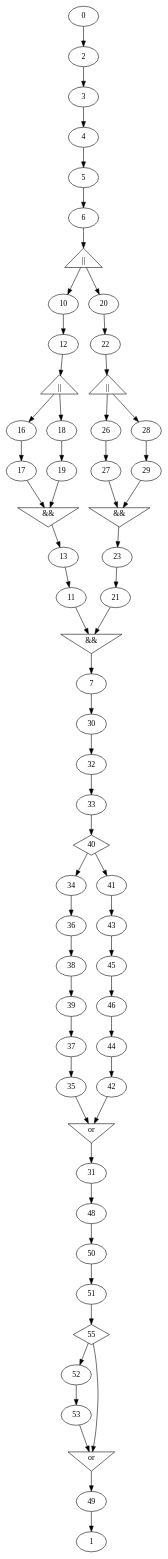
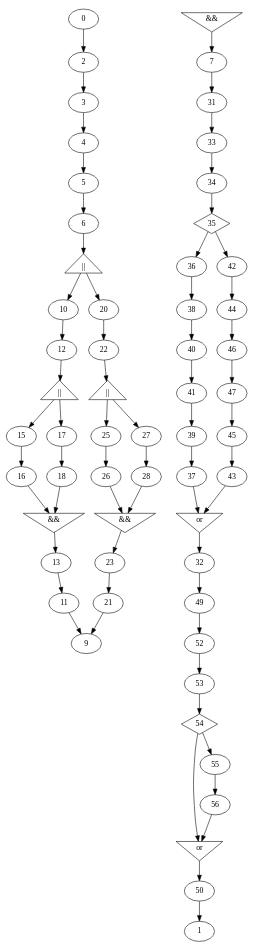
One commit to jdeantoni/TCOS.lang changed the diagram in temp/generated/test2.dot. Above: the diagram before and after it, drawn with Graphviz. The commit also changed 5 other files, not shown here.

```diff
--- a/temp/generated/test2.dot
+++ b/temp/generated/test2.dot
@@ -1,118 +1,118 @@
 digraph G {
   "0" [label="0" shape="ellipse"];
   "1" [label="1" shape="ellipse"];
   "2" [label="2" shape="ellipse"];
   "3" [label="3" shape="ellipse"];
   "4" [label="4" shape="ellipse"];
   "5" [label="5" shape="ellipse"];
   "6" [label="6" shape="ellipse"];
   "7" [label="7" shape="ellipse"];
-  "8" [label="&&" shape="invtriangle"];
-  "9" [label="||" shape="triangle"];
+  "8" [label="||" shape="triangle"];
   "10" [label="10" shape="ellipse"];
   "11" [label="11" shape="ellipse"];
   "12" [label="12" shape="ellipse"];
   "13" [label="13" shape="ellipse"];
-  "14" [label="&&" shape="invtriangle"];
-  "15" [label="||" shape="triangle"];
+  "14" [label="||" shape="triangle"];
+  "15" [label="15" shape="ellipse"];
   "16" [label="16" shape="ellipse"];
   "17" [label="17" shape="ellipse"];
   "18" [label="18" shape="ellipse"];
-  "19" [label="19" shape="ellipse"];
+  "19" [label="&&" shape="invtriangle"];
   "20" [label="20" shape="ellipse"];
   "21" [label="21" shape="ellipse"];
   "22" [label="22" shape="ellipse"];
   "23" [label="23" shape="ellipse"];
-  "24" [label="&&" shape="invtriangle"];
-  "25" [label="||" shape="triangle"];
+  "24" [label="||" shape="triangle"];
+  "25" [label="25" shape="ellipse"];
   "26" [label="26" shape="ellipse"];
   "27" [label="27" shape="ellipse"];
   "28" [label="28" shape="ellipse"];
-  "29" [label="29" shape="ellipse"];
-  "30" [label="30" shape="ellipse"];
+  "29" [label="&&" shape="invtriangle"];
+  "30" [label="&&" shape="invtriangle"];
   "31" [label="31" shape="ellipse"];
   "32" [label="32" shape="ellipse"];
   "33" [label="33" shape="ellipse"];
   "34" [label="34" shape="ellipse"];
-  "35" [label="35" shape="ellipse"];
+  "35" [label="35" shape="diamond"];
   "36" [label="36" shape="ellipse"];
   "37" [label="37" shape="ellipse"];
   "38" [label="38" shape="ellipse"];
   "39" [label="39" shape="ellipse"];
-  "40" [label="40" shape="diamond"];
+  "40" [label="40" shape="ellipse"];
   "41" [label="41" shape="ellipse"];
   "42" [label="42" shape="ellipse"];
   "43" [label="43" shape="ellipse"];
   "44" [label="44" shape="ellipse"];
   "45" [label="45" shape="ellipse"];
   "46" [label="46" shape="ellipse"];
-  "47" [label="or" shape="invtriangle"];
-  "48" [label="48" shape="ellipse"];
+  "47" [label="47" shape="ellipse"];
+  "48" [label="or" shape="invtriangle"];
   "49" [label="49" shape="ellipse"];
   "50" [label="50" shape="ellipse"];
-  "51" [label="51" shape="ellipse"];
+  "51" [label="or" shape="invtriangle"];
   "52" [label="52" shape="ellipse"];
   "53" [label="53" shape="ellipse"];
-  "54" [label="or" shape="invtriangle"];
-  "55" [label="55" shape="diamond"];
+  "54" [label="54" shape="diamond"];
+  "55" [label="55" shape="ellipse"];
+  "56" [label="56" shape="ellipse"];
   "2" -> "3" [label=""];
   "0" -> "2" [label=""];
   "4" -> "5" [label=""];
   "3" -> "4" [label=""];
-  "6" -> "9" [label=""];
-  "16" -> "17" [label=""];
-  "12" -> "15" [label=""];
+  "6" -> "8" [label=""];
+  "12" -> "14" [label=""];
   "15" -> "16" [label=""];
-  "17" -> "14" [label=""];
+  "14" -> "15" [label=""];
+  "17" -> "18" [label=""];
+  "14" -> "17" [label=""];
+  "16" -> "19" [label=""];
   "18" -> "19" [label=""];
-  "15" -> "18" [label=""];
-  "19" -> "14" [label=""];
-  "14" -> "13" [label=""];
+  "19" -> "13" [label=""];
   "10" -> "12" [label=""];
   "13" -> "11" [label=""];
-  "9" -> "10" [label=""];
-  "11" -> "8" [label=""];
-  "26" -> "27" [label=""];
-  "22" -> "25" [label=""];
+  "8" -> "10" [label=""];
+  "11" -> "9" [label=""];
+  "22" -> "24" [label=""];
   "25" -> "26" [label=""];
-  "27" -> "24" [label=""];
+  "24" -> "25" [label=""];
+  "27" -> "28" [label=""];
+  "24" -> "27" [label=""];
+  "26" -> "29" [label=""];
   "28" -> "29" [label=""];
-  "25" -> "28" [label=""];
-  "29" -> "24" [label=""];
-  "24" -> "23" [label=""];
+  "29" -> "23" [label=""];
   "20" -> "22" [label=""];
   "23" -> "21" [label=""];
-  "9" -> "20" [label=""];
-  "21" -> "8" [label=""];
-  "8" -> "7" [label=""];
+  "8" -> "20" [label=""];
+  "21" -> "9" [label=""];
+  "30" -> "7" [label=""];
   "5" -> "6" [label=""];
-  "32" -> "33" [label=""];
-  "38" -> "39" [label=""];
+  "33" -> "34" [label=""];
+  "31" -> "33" [label=""];
+  "34" -> "35" [label=""];
+  "40" -> "41" [label=""];
+  "38" -> "40" [label=""];
+  "41" -> "39" [label=""];
   "36" -> "38" [label=""];
   "39" -> "37" [label=""];
-  "34" -> "36" [label=""];
-  "37" -> "35" [label=""];
-  "30" -> "32" [label=""];
-  "33" -> "40" [label=""];
-  "40" -> "34" [label=""];
-  "45" -> "46" [label=""];
-  "43" -> "45" [label=""];
-  "46" -> "44" [label=""];
-  "41" -> "43" [label=""];
-  "44" -> "42" [label=""];
-  "35" -> "47" [label=""];
-  "40" -> "41" [label=""];
-  "42" -> "47" [label=""];
-  "47" -> "31" [label=""];
-  "7" -> "30" [label=""];
-  "50" -> "51" [label=""];
+  "35" -> "36" [label=""];
+  "46" -> "47" [label=""];
+  "44" -> "46" [label=""];
+  "47" -> "45" [label=""];
+  "42" -> "44" [label=""];
+  "45" -> "43" [label=""];
+  "35" -> "42" [label=""];
+  "43" -> "48" [label=""];
+  "37" -> "48" [label=""];
+  "48" -> "32" [label=""];
+  "7" -> "31" [label=""];
+  "51" -> "50" [label=""];
   "52" -> "53" [label=""];
-  "48" -> "50" [label=""];
-  "51" -> "55" [label=""];
-  "55" -> "52" [label=""];
-  "55" -> "54" [label=""];
+  "49" -> "52" [label=""];
   "53" -> "54" [label=""];
-  "54" -> "49" [label=""];
-  "31" -> "48" [label=""];
-  "49" -> "1" [label=""];
+  "55" -> "56" [label=""];
+  "54" -> "55" [label=""];
+  "54" -> "51" [label=""];
+  "56" -> "51" [label=""];
+  "32" -> "49" [label=""];
+  "50" -> "1" [label=""];
 }
```
